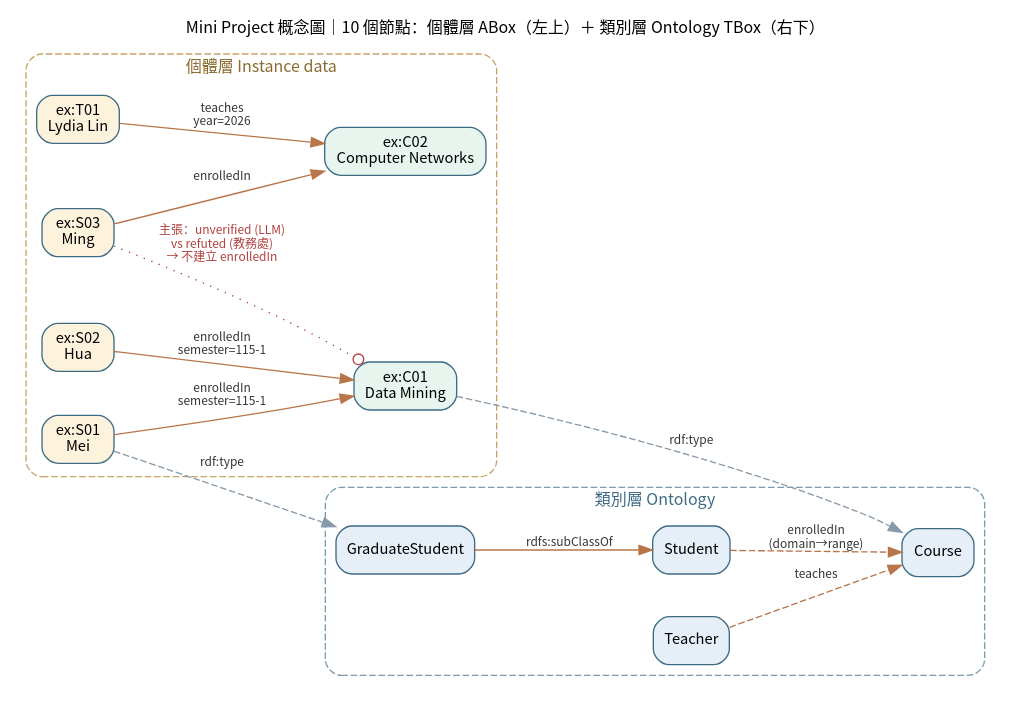
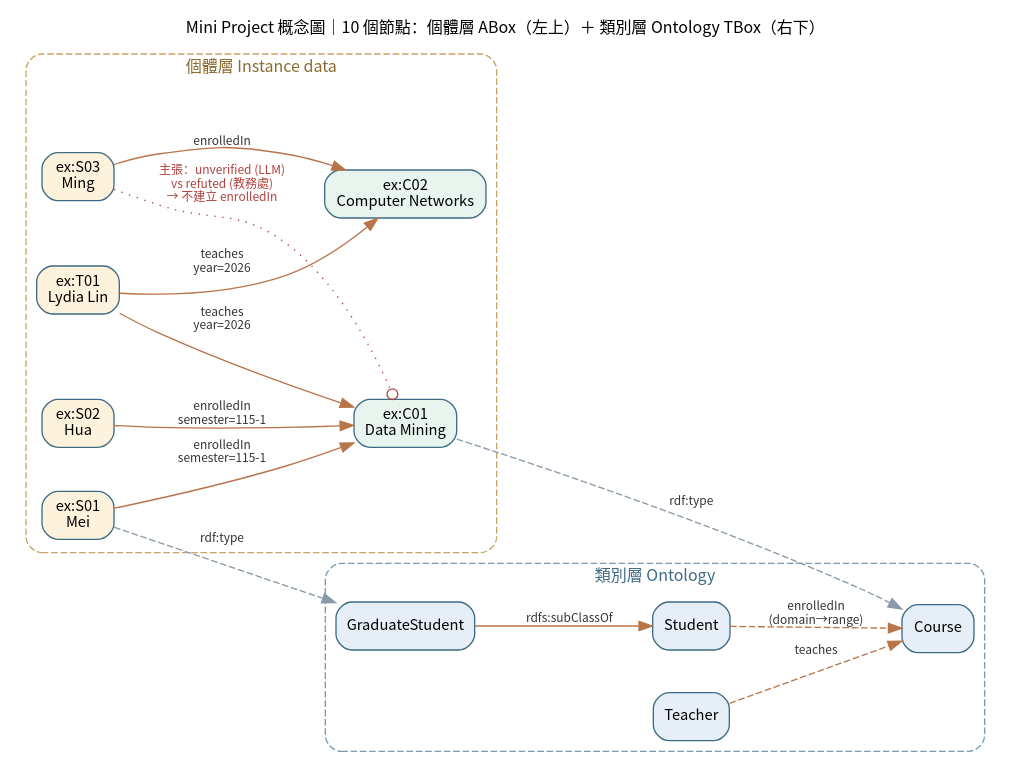
The diagram in concept_map.dot (Lydia-HML/kg-mini-project), drawn with Graphviz before and after one commit. The commit also changed 8 other files, not shown here.

```diff
--- a/concept_map.dot
+++ b/concept_map.dot
@@ -1,36 +1,37 @@
 // 概念圖：10 個節點（類別層 4 + 個體層 6），講義第 23 頁繳交物
 digraph KG {
   graph [rankdir=LR, fontname="Noto Sans CJK TC", fontsize=12, nodesep=0.45, ranksep=0.8, bgcolor="white",
          label="Mini Project 概念圖｜10 個節點：個體層 ABox（左上）＋ 類別層 Ontology TBox（右下）", labelloc=t];
   node  [fontname="Noto Sans CJK TC", fontsize=11, shape=box, style="rounded,filled", color="#3d6b84"];
   edge  [fontname="Noto Sans CJK TC", fontsize=9, color="#b8754a", fontcolor="#333333"];
 
   subgraph cluster_tbox {
     label="類別層 Ontology"; style="rounded,dashed"; color="#7a9bb0"; fontcolor="#3d6b84";
     GraduateStudent [fillcolor="#e6eef7"];
     Student [fillcolor="#e6eef7"];
     Course  [fillcolor="#e6eef7"];
     Teacher [fillcolor="#e6eef7"];
     GraduateStudent -> Student [label="rdfs:subClassOf"];
     Student -> Course [label="enrolledIn\n(domain→range)", style=dashed];
     Teacher -> Course [label="teaches", style=dashed];
   }
 
   subgraph cluster_abox {
     label="個體層 Instance data"; style="rounded,dashed"; color="#c9a46a"; fontcolor="#8a6a2f";
     S01 [label="ex:S01\nMei", fillcolor="#fdf3dd"];
     S02 [label="ex:S02\nHua", fillcolor="#fdf3dd"];
     S03 [label="ex:S03\nMing", fillcolor="#fdf3dd"];
     C01 [label="ex:C01\nData Mining", fillcolor="#e7f5ee"];
     C02 [label="ex:C02\nComputer Networks", fillcolor="#e7f5ee"];
     T01 [label="ex:T01\nLydia Lin", fillcolor="#fdf3dd"];
     S01 -> C01 [label="enrolledIn\nsemester=115-1"];
     S02 -> C01 [label="enrolledIn\nsemester=115-1"];
     S03 -> C02 [label="enrolledIn"];
     T01 -> C02 [label="teaches\nyear=2026"];
+    T01 -> C01 [label="teaches\nyear=2026"];
     S03 -> C01 [label="主張：unverified (LLM)\n vs refuted (教務處)\n→ 不建立 enrolledIn", style=dotted, color="#b0413e", fontcolor="#b0413e", arrowhead=odot];
   }
 
   S01 -> GraduateStudent [label="rdf:type", color="#8899aa", style=dashed];
   C01 -> Course [label="rdf:type", color="#8899aa", style=dashed];
 }
```
